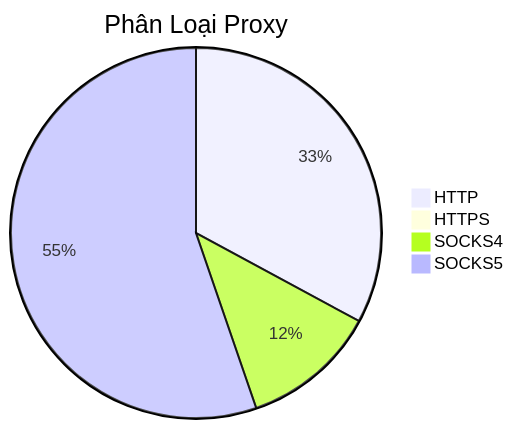
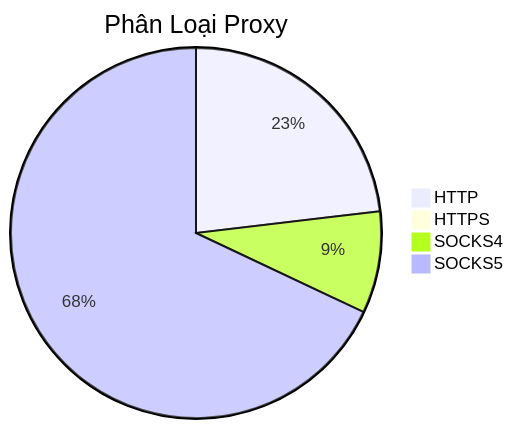
One commit to Ciara-12/PROXY-free changed the diagram in README.md. Above: the diagram before and after it, drawn with Mermaid. The commit also changed other lines of this file and 3 other files, not shown here.

````diff
--- a/README.md
+++ b/README.md
@@ -26,7 +26,7 @@
 ```mermaid
 pie title Phân Loại Proxy
-    "HTTP" : 811
+    "HTTP" : 724
     "HTTPS" : 0
-    "SOCKS4" : 292
-    "SOCKS5" : 1363
+    "SOCKS4" : 278
+    "SOCKS5" : 2128
 ```
````
